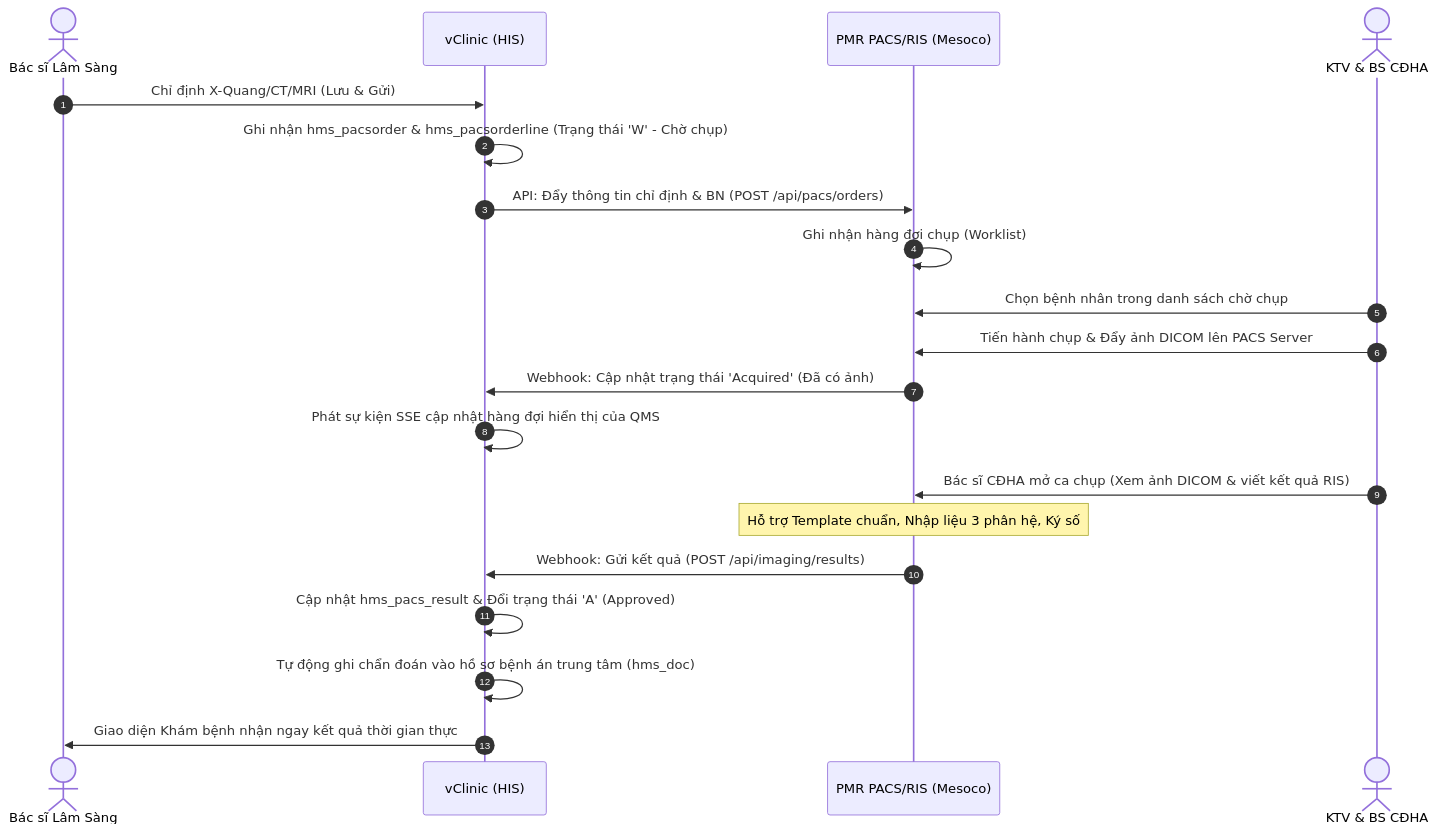
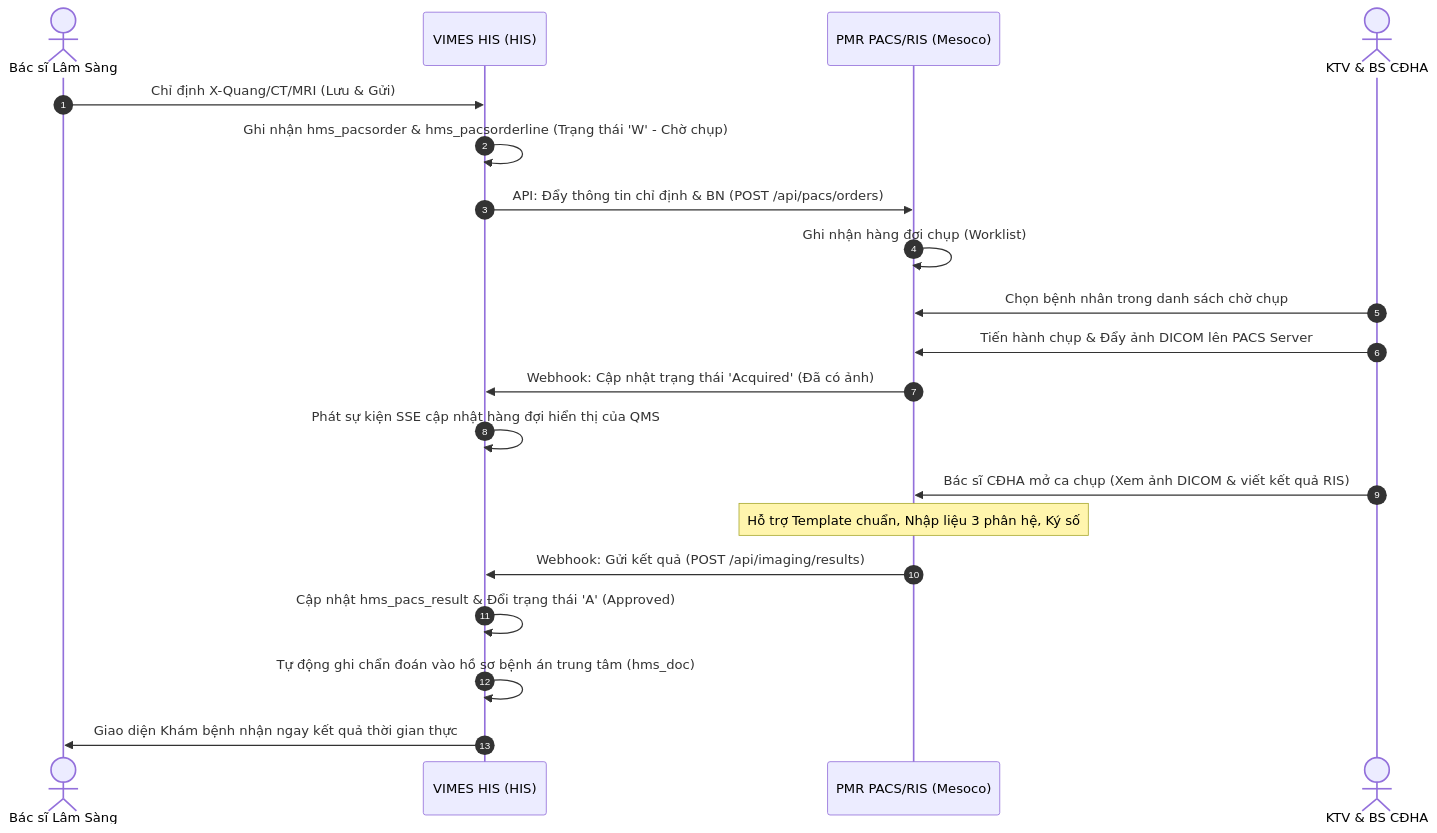
Before and after one commit to thanhvimes/VIMES_HIS: the diagram in docs/PMR_PACS_RIS_Integration_Proposal.md, drawn with Mermaid. The commit also changed other lines of this file and 160 other files, not shown here.

````diff
--- a/docs/PMR_PACS_RIS_Integration_Proposal.md
+++ b/docs/PMR_PACS_RIS_Integration_Proposal.md
@@ -40,23 +40,23 @@
 ```mermaid
 sequenceDiagram
     autonumber
     actor BS as Bác sĩ Lâm Sàng
-    participant HIS as vClinic (HIS)
+    participant HIS as VIMES HIS (HIS)
     participant PACS as PMR PACS/RIS (Mesoco)
     actor KTV as KTV & BS CĐHA
 
     BS->>HIS: Chỉ định X-Quang/CT/MRI (Lưu & Gửi)
     HIS->>HIS: Ghi nhận hms_pacsorder & hms_pacsorderline (Trạng thái 'W' - Chờ chụp)
     HIS->>PACS: API: Đẩy thông tin chỉ định & BN (POST /api/pacs/orders)
     PACS->>PACS: Ghi nhận hàng đợi chụp (Worklist)
     KTV->>PACS: Chọn bệnh nhân trong danh sách chờ chụp
     KTV->>PACS: Tiến hành chụp & Đẩy ảnh DICOM lên PACS Server
     PACS->>HIS: Webhook: Cập nhật trạng thái 'Acquired' (Đã có ảnh)
     HIS->>HIS: Phát sự kiện SSE cập nhật hàng đợi hiển thị của QMS
     KTV->>PACS: Bác sĩ CĐHA mở ca chụp (Xem ảnh DICOM & viết kết quả RIS)
     Note over PACS: Hỗ trợ Template chuẩn, Nhập liệu 3 phân hệ, Ký số
     PACS->>HIS: Webhook: Gửi kết quả (POST /api/imaging/results)
     HIS->>HIS: Cập nhật hms_pacs_result & Đổi trạng thái 'A' (Approved)
     HIS->>HIS: Tự động ghi chẩn đoán vào hồ sơ bệnh án trung tâm (hms_doc)
     HIS->>BS: Giao diện Khám bệnh nhận ngay kết quả thời gian thực
 ```
````
